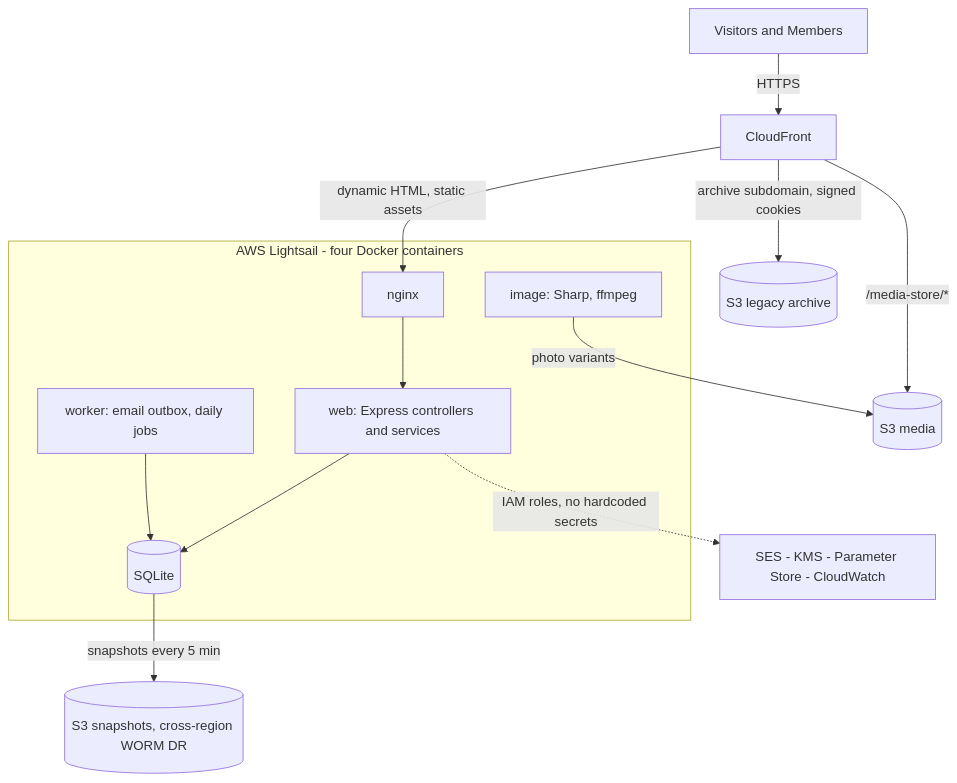
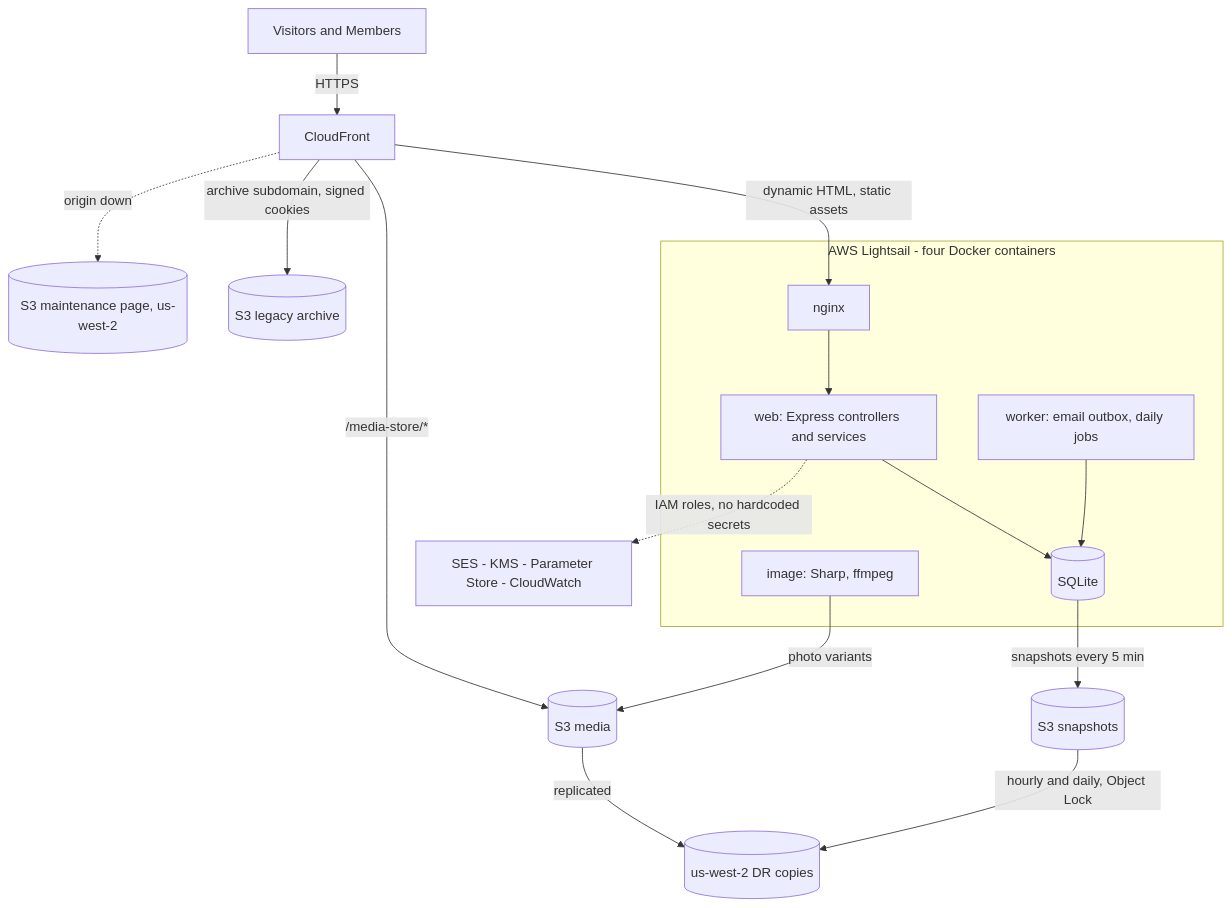
Before and after one commit to davidleberknight/footbag-platform: the diagram in README.md, drawn with Mermaid. The commit also changed 67 other files, not shown here.

````diff
--- a/README.md
+++ b/README.md
@@ -45,17 +45,20 @@
 ```mermaid
 flowchart TB
     U[Visitors and Members] -->|HTTPS| CF[CloudFront]
     CF -->|dynamic HTML, static assets| N
     CF -->|/media-store/*| S3M[(S3 media)]
     CF -->|archive subdomain, signed cookies| S3A[(S3 legacy archive)]
+    CF -.origin down.-> MP[(S3 maintenance page, us-west-2)]
     subgraph LS [AWS Lightsail - four Docker containers]
         N[nginx] --> W[web: Express controllers and services]
         WK[worker: email outbox, daily jobs]
         IMG[image: Sharp, ffmpeg]
         W --> DB[(SQLite)]
         WK --> DB
     end
     W -.IAM roles, no hardcoded secrets.-> AWS[SES - KMS - Parameter Store - CloudWatch]
-    DB -->|snapshots every 5 min| S3B[(S3 snapshots, cross-region WORM DR)]
+    DB -->|snapshots every 5 min| S3B[(S3 snapshots)]
     IMG -->|photo variants| S3M
+    S3B -->|hourly and daily, Object Lock| DR[(us-west-2 DR copies)]
+    S3M -->|replicated| DR
 ```
````
